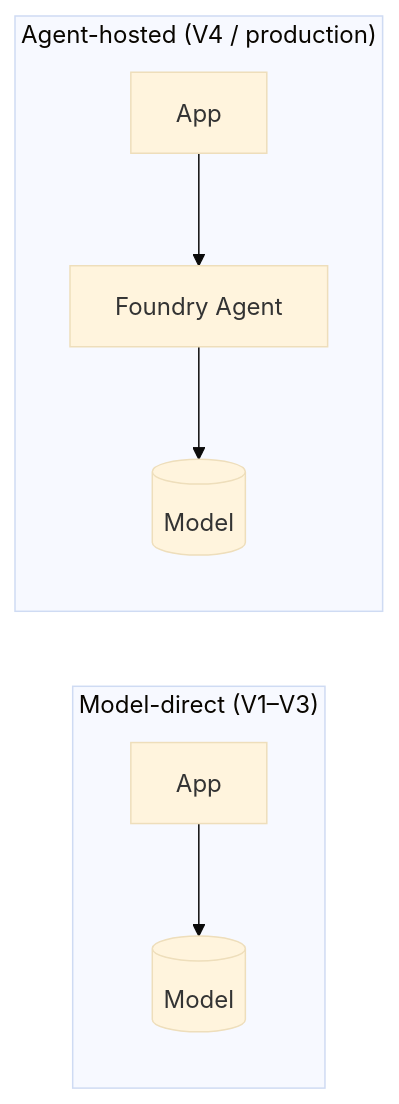
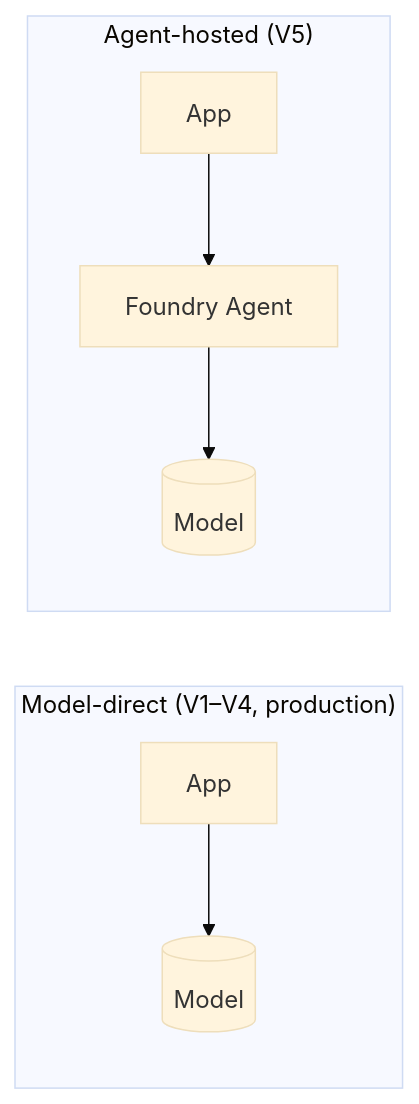
Diagram 14 of 36 in docs/4-demystifying-foundry-agents-mcp/demystifying-foundry-agents-mcp.md (dustinkorzaan/weather-1116), drawn with Mermaid (base theme) before and after one commit. The commit also changed other lines of this file and 28 other files, not shown here.

First line of the commit message:
Foundry consoles V1–V5: model-direct MCP (V4), hosted agent (V5), and production AI weather on V4 (#115)

````diff
--- a/docs/4-demystifying-foundry-agents-mcp/demystifying-foundry-agents-mcp.md
+++ b/docs/4-demystifying-foundry-agents-mcp/demystifying-foundry-agents-mcp.md
@@ -257,10 +287,10 @@
 ```mermaid
 flowchart LR
-    subgraph Direct["Model-direct (V1–V3)"]
+    subgraph Direct["Model-direct (V1–V4, production)"]
         A1[App] --> M1[(Model)]
     end
-    subgraph Hosted["Agent-hosted (V4 / production)"]
+    subgraph Hosted["Agent-hosted (V5)"]
         A2[App] --> AG[Foundry Agent]
         AG --> M2[(Model)]
     end
 ```
````
